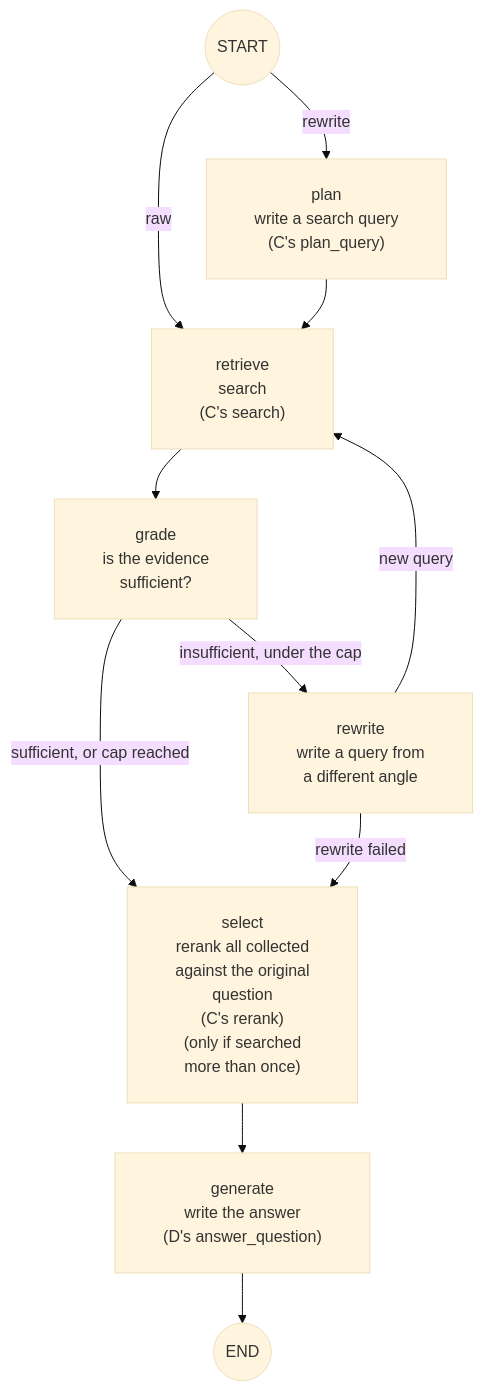
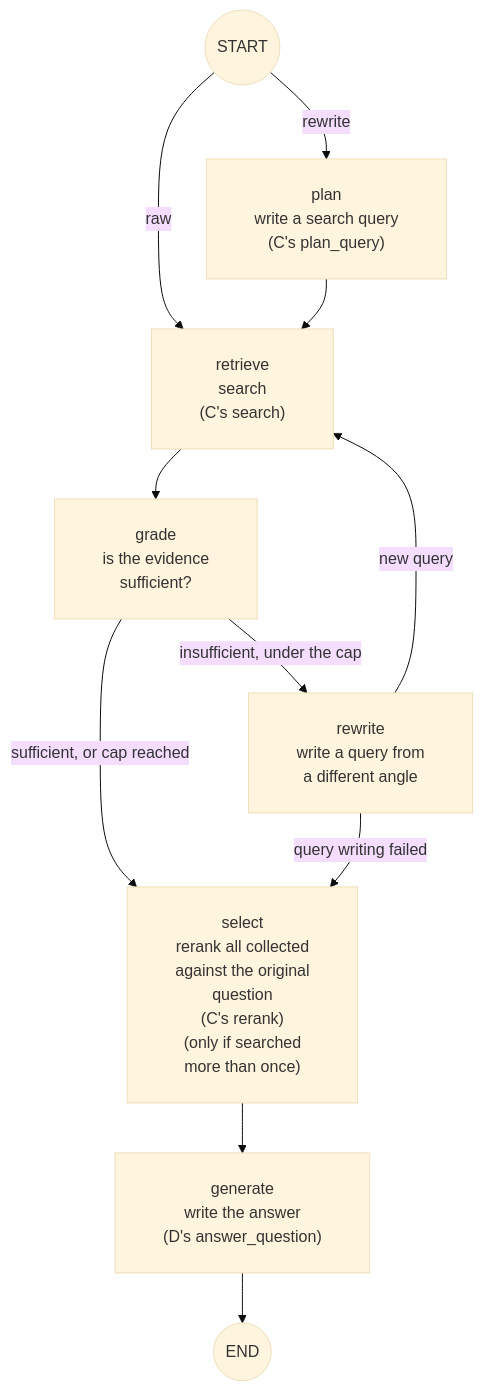
Before and after one commit to satoshi-abe-dev/silo-rag: the third of 3 diagrams in README_en.md, drawn with Mermaid (base theme). The commit also changed other lines of this file and 4 other files, not shown here.

````diff
--- a/README_en.md
+++ b/README_en.md
@@ -235,14 +235,14 @@
 ```mermaid
 %%{init: {"flowchart": {"padding": 24, "wrappingWidth": 400}}}%%
 graph TD
     S((START)) -->|raw| R["retrieve<br/>search<br/>(C's search)"]
     S -->|rewrite| P["plan<br/>write a search query<br/>(C's plan_query)"]
     P --> R
     R --> J["grade<br/>is the evidence<br/>sufficient?"]
     J -->|sufficient, or cap reached| SEL["select<br/>rerank all collected<br/>against the original<br/>question<br/>(C's rerank)<br/>(only if searched<br/>more than once)"]
     J -->|insufficient, under the cap| W["rewrite<br/>write a query from<br/>a different angle"]
     W -->|new query| R
-    W -->|rewrite failed| SEL
+    W -->|query writing failed| SEL
     SEL --> G["generate<br/>write the answer<br/>(D's answer_question)"]
     G --> X((END))
 ```
````
